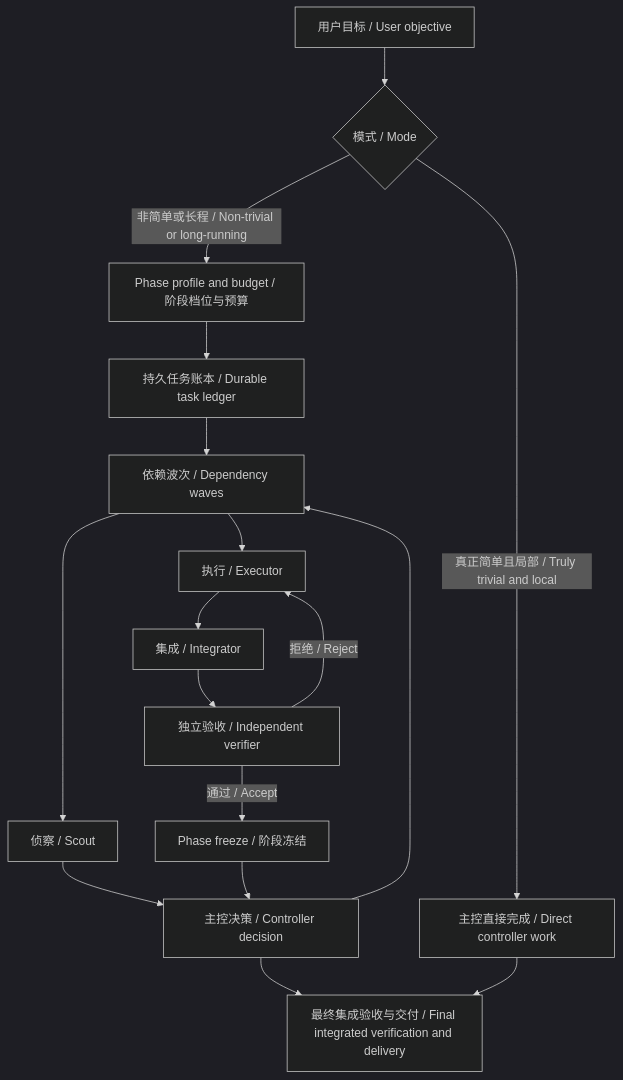
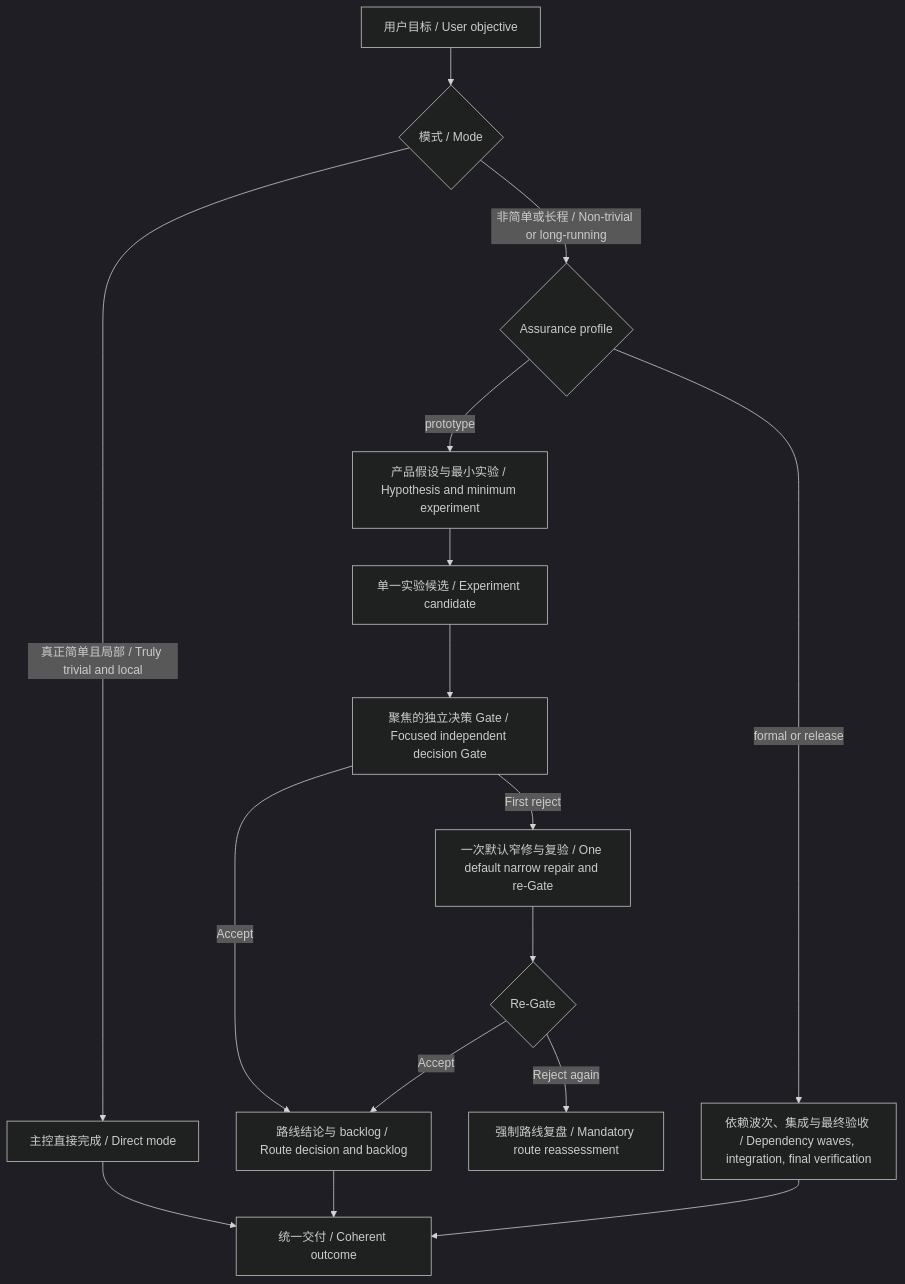
Before and after one commit to Linsongrong/orchestrate-work: the diagram in README.md, drawn with Mermaid (dark theme). The commit also changed other lines of this file and 4 other files, not shown here.

Commit message:
Optimize prototype orchestration flow

````diff
--- a/README.md
+++ b/README.md
@@ -5,19 +5,18 @@
 ```mermaid
 flowchart TD
     U["用户目标 / User objective"] --> M{"模式 / Mode"}
-    M -->|"真正简单且局部 / Truly trivial and local"| D["主控直接完成 / Direct controller work"]
-    M -->|"非简单或长程 / Non-trivial or long-running"| P["Phase profile and budget / 阶段档位与预算"]
-    P --> L["持久任务账本 / Durable task ledger"]
-    L --> W["依赖波次 / Dependency waves"]
-    W --> S["侦察 / Scout"]
-    W --> E["执行 / Executor"]
-    E --> I["集成 / Integrator"]
-    S --> C["主控决策 / Controller decision"]
-    I --> V["独立验收 / Independent verifier"]
-    V -->|"拒绝 / Reject"| E
-    V -->|"通过 / Accept"| FZ["Phase freeze / 阶段冻结"]
-    FZ --> C
-    C --> W
-    C --> F["最终集成验收与交付 / Final integrated verification and delivery"]
-    D --> F
+    M -->|"真正简单且局部 / Truly trivial and local"| D["主控直接完成 / Direct mode"]
+    M -->|"非简单或长程 / Non-trivial or long-running"| P{"Assurance profile"}
+    P -->|"prototype"| H["产品假设与最小实验 / Hypothesis and minimum experiment"]
+    H --> C["单一实验候选 / Experiment candidate"]
+    C --> G["聚焦的独立决策 Gate / Focused independent decision Gate"]
+    G -->|"Accept"| F["路线结论与 backlog / Route decision and backlog"]
+    G -->|"First reject"| R["一次默认窄修与复验 / One default narrow repair and re-Gate"]
+    R --> Q{"Re-Gate"}
+    Q -->|"Accept"| F
+    Q -->|"Reject again"| A["强制路线复盘 / Mandatory route reassessment"]
+    P -->|"formal or release"| W["依赖波次、集成与最终验收 / Dependency waves, integration, final verification"]
+    D --> O["统一交付 / Coherent outcome"]
+    F --> O
+    W --> O
 ```
````
